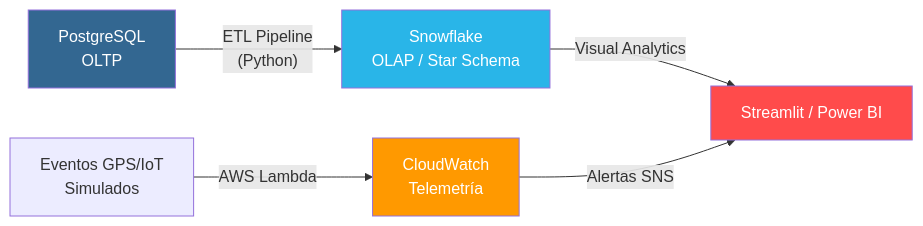
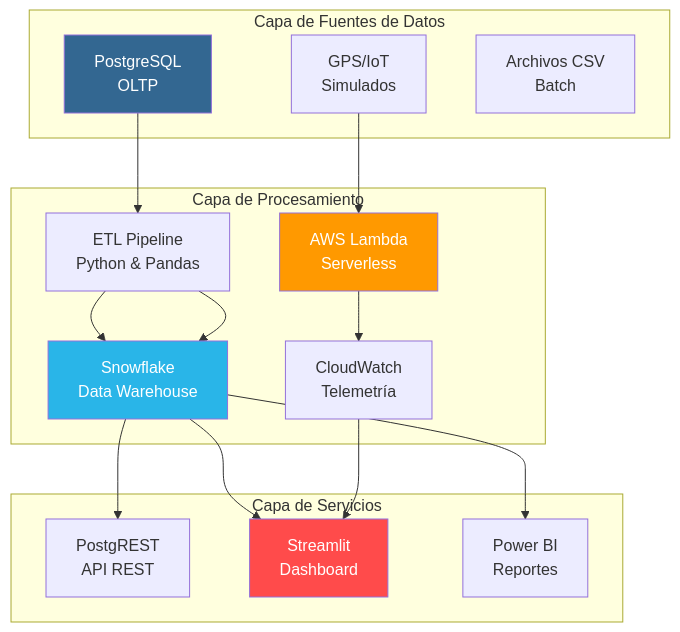
The diagram in README.md (dodysalim/FleetLogix-Master), drawn with Mermaid before and after one commit. The commit also changed other lines of this file and 27 other files, not shown here.

````diff
--- a/README.md
+++ b/README.md
@@ -26,11 +48,32 @@
 ```mermaid
-graph LR
-    A[PostgreSQL<br/>OLTP] -- "ETL Pipeline<br/>(Python)" --> B[Snowflake<br/>OLAP / Star Schema]
-    C[Eventos GPS/IoT<br/>Simulados] -- "AWS Lambda" --> D[CloudWatch<br/>Telemetría]
-    B -- "Visual Analytics" --> E[Streamlit / Power BI]
-    D -- "Alertas SNS" --> E
+graph TB
+    subgraph "Capa de Fuentes de Datos"
+        A[PostgreSQL<br/>OLTP] 
+        B[GPS/IoT<br/>Simulados]
+        C[Archivos CSV<br/>Batch]
+    end
+    
+    subgraph "Capa de Procesamiento"
+        D[ETL Pipeline<br/>Python & Pandas] --> E[Snowflake<br/>Data Warehouse]
+        F[AWS Lambda<br/>Serverless] --> G[CloudWatch<br/>Telemetría]
+    end
+    
+    subgraph "Capa de Servicios"
+        H[PostgREST<br/>API REST]
+        I[Streamlit<br/>Dashboard]
+        J[Power BI<br/>Reportes]
+    end
+    
+    A --> D
+    B --> F
+    D --> E
+    E --> H
+    E --> I
+    E --> J
+    G --> I
+    
     style A fill:#336791,color:#fff
-    style B fill:#29B5E8,color:#fff
-    style D fill:#FF9900,color:#fff
-    style E fill:#FF4B4B,color:#fff
+    style E fill:#29B5E8,color:#fff
+    style F fill:#FF9900,color:#fff
+    style I fill:#FF4B4B,color:#fff
 ```
````
